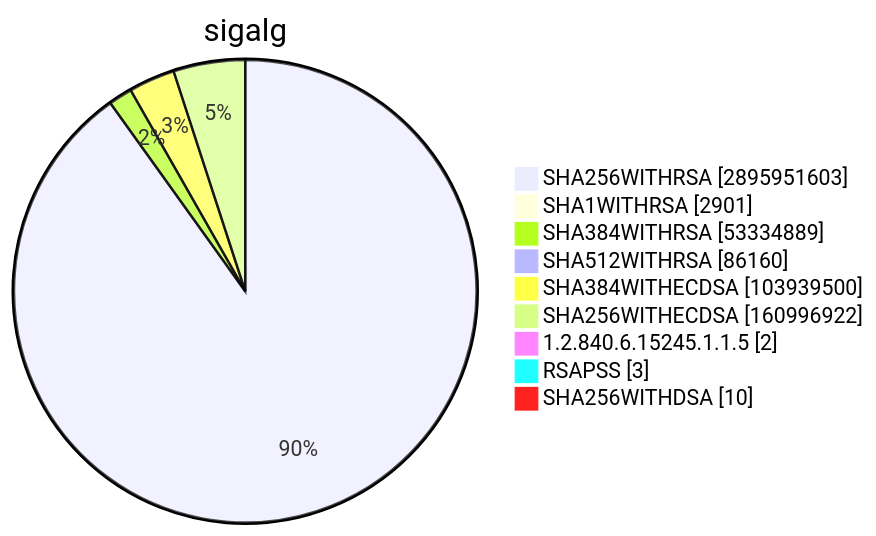
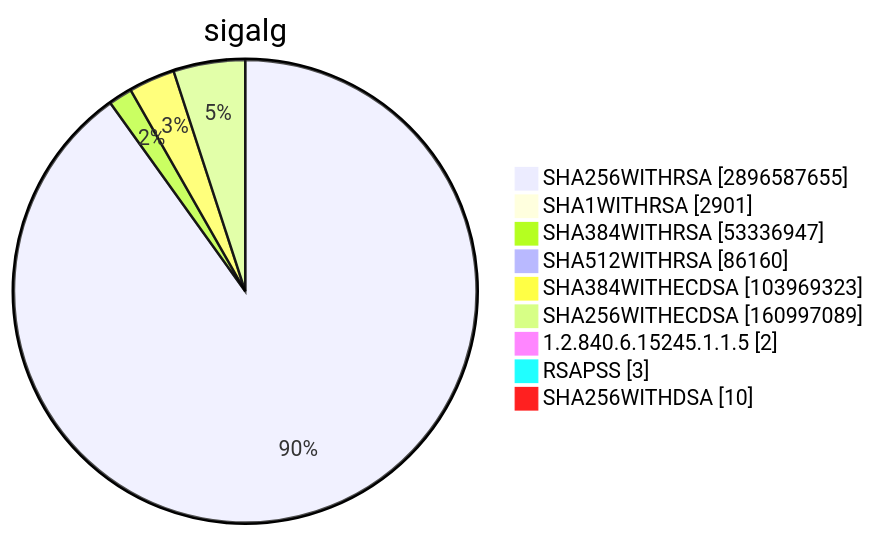
Diagram 15 of 15 in TOTAL/README.md (christiankrug/ctmonitor_visualization), drawn with Mermaid before and after one commit. The commit also changed other lines of this file, not shown here.

````diff
--- a/TOTAL/README.md
+++ b/TOTAL/README.md
@@ -6207,13 +6207,13 @@
 ```mermaid
 pie showData
 title sigalg
-"SHA256WITHRSA" :2895951603
+"SHA256WITHRSA" :2896587655
 "SHA1WITHRSA" :2901
-"SHA384WITHRSA" :53334889
+"SHA384WITHRSA" :53336947
 "SHA512WITHRSA" :86160
-"SHA384WITHECDSA" :103939500
-"SHA256WITHECDSA" :160996922
+"SHA384WITHECDSA" :103969323
+"SHA256WITHECDSA" :160997089
 "1.2.840.6.15245.1.1.5" :2
 "RSAPSS" :3
 "SHA256WITHDSA" :10
 ```
````
